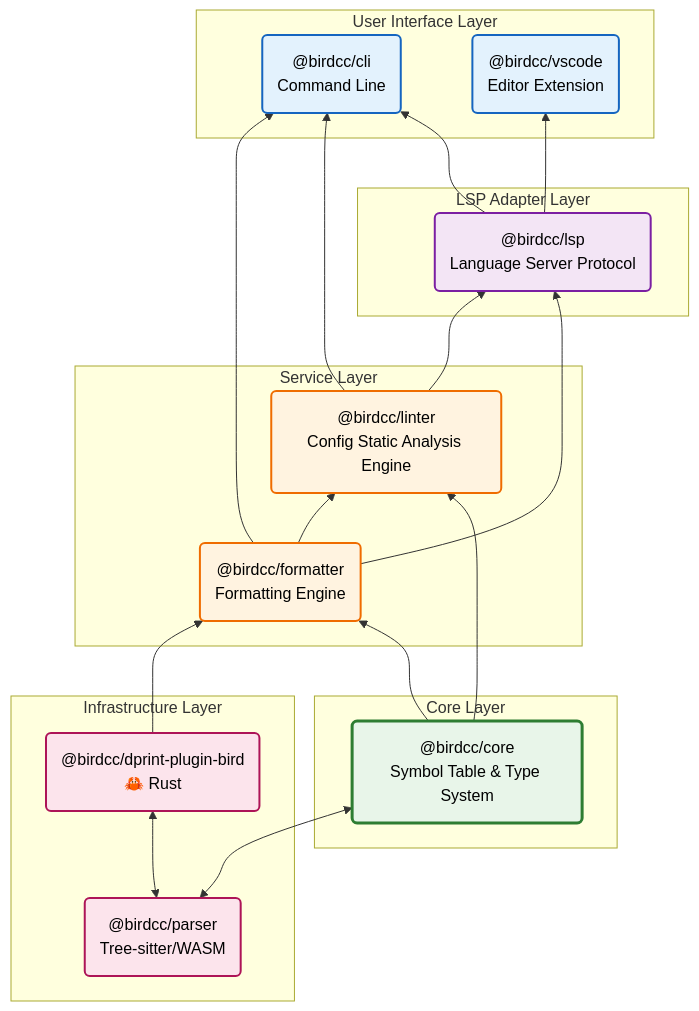
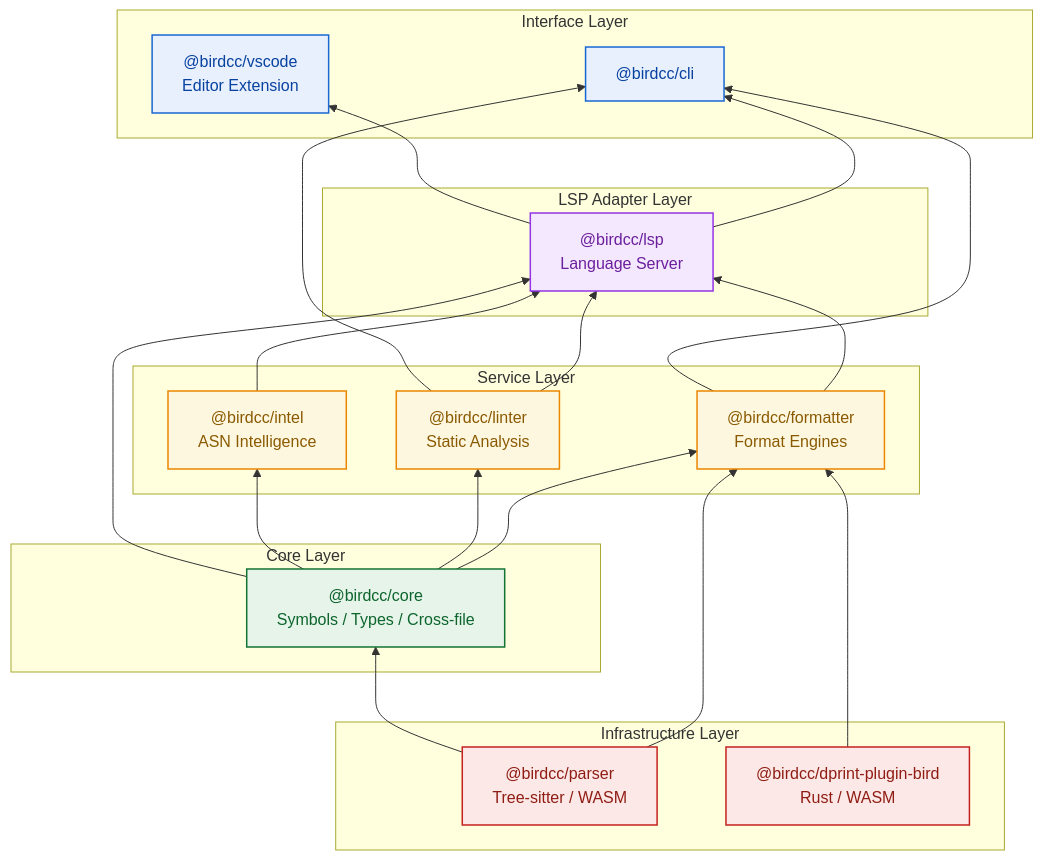
The second of 2 diagrams in README.md (bird-chinese-community/BIRD-LSP), drawn with Mermaid before and after one commit. The commit also changed other lines of this file and 5 other files, not shown here.

Commit message:
docs(mermaid): Unify diagram palette and split by layer

````diff
--- a/README.md
+++ b/README.md
@@ -159,59 +155,53 @@
 ```mermaid
 flowchart BT
-    classDef infra fill:#fce4ec,stroke:#ad1457,stroke-width:2px,color:#000
-    classDef core fill:#e8f5e9,stroke:#2e7d32,stroke-width:3px,color:#000
-    classDef service fill:#fff3e0,stroke:#ef6c00,stroke-width:2px,color:#000
-    classDef lsp fill:#f3e5f5,stroke:#7b1fa2,stroke-width:2px,color:#000
-    classDef user fill:#e3f2fd,stroke:#1565c0,stroke-width:2px,color:#000
+    classDef infra fill:#fce8e6,stroke:#c5221f,stroke-width:1.5px,color:#8f1d14
+    classDef core fill:#e6f4ea,stroke:#137333,stroke-width:1.5px,color:#0d652d
+    classDef service fill:#fef7e0,stroke:#ea8600,stroke-width:1.5px,color:#8a5a00
+    classDef adapter fill:#f3e8fd,stroke:#9334e6,stroke-width:1.5px,color:#6c1f9e
+    classDef ui fill:#e8f0fe,stroke:#1967d2,stroke-width:1.5px,color:#0842a0
 
-    subgraph Infrastructure [Infrastructure Layer]
-        PARSER("@birdcc/parser<br/>Tree-sitter/WASM")
-        DPRINT("@birdcc/dprint-plugin-bird<br/>🦀 Rust")
+    subgraph infra [Infrastructure Layer]
+        PARSER["@birdcc/parser<br/>Tree-sitter / WASM"]
+        DPRINT["@birdcc/dprint-plugin-bird<br/>Rust / WASM"]
     end
 
-    subgraph CoreLayer [Core Layer]
-        CORE("@birdcc/core<br/>Symbol Table & Type System")
+    subgraph core [Core Layer]
+        CORE["@birdcc/core<br/>Symbols / Types / Cross-file"]
     end
 
-    subgraph ServiceLayer [Service Layer]
-        FORMATTER("@birdcc/formatter<br/>Formatting Engine")
-        LINTER("@birdcc/linter<br/>Config Static Analysis Engine")
+    subgraph service [Service Layer]
+        LINTER["@birdcc/linter<br/>Static Analysis"]
+        FORMATTER["@birdcc/formatter<br/>Format Engines"]
+        INTEL["@birdcc/intel<br/>ASN Intelligence"]
     end
 
-    subgraph LspLayer [LSP Adapter Layer]
-        LSP_SERVER("@birdcc/lsp<br/>Language Server Protocol")
+    subgraph adapter [LSP Adapter Layer]
+        LSP_SERVER["@birdcc/lsp<br/>Language Server"]
     end
 
-    subgraph UserLayer [User Interface Layer]
-        CLI("@birdcc/cli<br/>Command Line")
-        VSCODE("@birdcc/vscode<br/>Editor Extension")
+    subgraph ui [Interface Layer]
+        CLI["@birdcc/cli"]
+        VSCODE["@birdcc/vscode<br/>Editor Extension"]
     end
 
-
-    %% Infrastructure supports Formatter (Dprint as underlying engine)
-    PARSER <--> DPRINT
-    PARSER <--> CORE
-
+    DPRINT --> FORMATTER
+    PARSER --> FORMATTER
+    PARSER --> CORE
     CORE --> FORMATTER
-    DPRINT --> FORMATTER
-
-    %% Core and Formatter support Linter
     CORE --> LINTER
-    FORMATTER --> LINTER
-
-    %% All services support LSP
+    CORE --> INTEL
+    CORE --> LSP_SERVER
+    LINTER --> LSP_SERVER
     FORMATTER --> LSP_SERVER
-    LINTER --> LSP_SERVER
-
-    %% LSP and standalone services support user interfaces
+    INTEL --> LSP_SERVER
     LSP_SERVER --> CLI
     LSP_SERVER --> VSCODE
     LINTER --> CLI
     FORMATTER --> CLI
 
     class PARSER,DPRINT infra
     class CORE core
-    class FORMATTER,LINTER service
-    class LSP_SERVER lsp
-    class CLI,VSCODE user
+    class LINTER,FORMATTER,INTEL service
+    class LSP_SERVER adapter
+    class CLI,VSCODE ui
 ```
````
